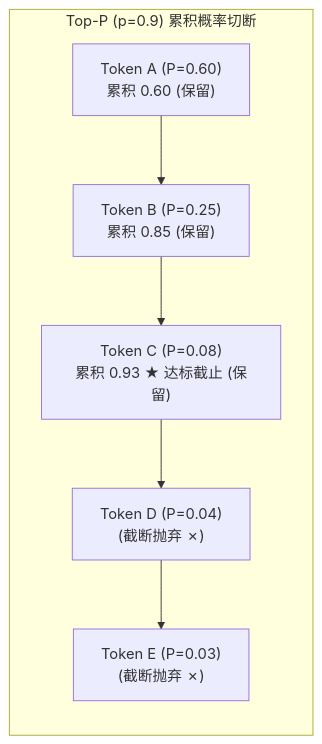
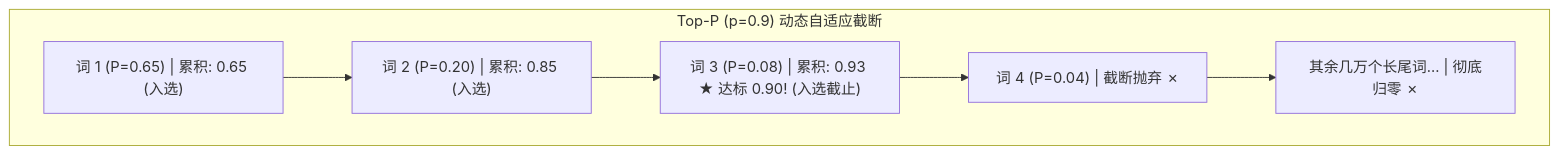
Before and after one commit to hqu-little-boy/blog: the third of 3 diagrams in src/content/posts/dl-operators-11-sampling-and-decoding-strategies-guide.md, drawn with Mermaid. The commit also changed other lines of this file and 11 other files, not shown here.

````diff
--- a/src/content/posts/dl-operators-11-sampling-and-decoding-strategies-guide.md
+++ b/src/content/posts/dl-operators-11-sampling-and-decoding-strategies-guide.md
@@ -221,11 +133,12 @@
 ```mermaid
-graph LR
-    subgraph CumulativeBar["Top-P (p=0.9) 累积概率切断"]
-        T0["Token A (P=0.60)\n累积 0.60 (保留)"]
-        T1["Token B (P=0.25)\n累积 0.85 (保留)"]
-        T2["Token C (P=0.08)\n累积 0.93 ★ 达标截止 (保留)"]
-        T3["Token D (P=0.04)\n(截断抛弃 ✗)"]
-        T4["Token E (P=0.03)\n(截断抛弃 ✗)"]
+graph TD
+    subgraph TopPBar["Top-P (p=0.9) 动态自适应截断"]
+        W1["词 1 (P=0.65) | 累积: 0.65 (入选)"]
+        W2["词 2 (P=0.20) | 累积: 0.85 (入选)"]
+        W3["词 3 (P=0.08) | 累积: 0.93 ★ 达标 0.90! (入选截止)"]
+        W4["词 4 (P=0.04) | 截断抛弃 ✗"]
+        W5["其余几万个长尾词... | 彻底归零 ✗"]
+
+        W1 --> W2 --> W3 --> W4 --> W5
     end
-    T0 --> T1 --> T2 --> T3 --> T4
 ```
````
